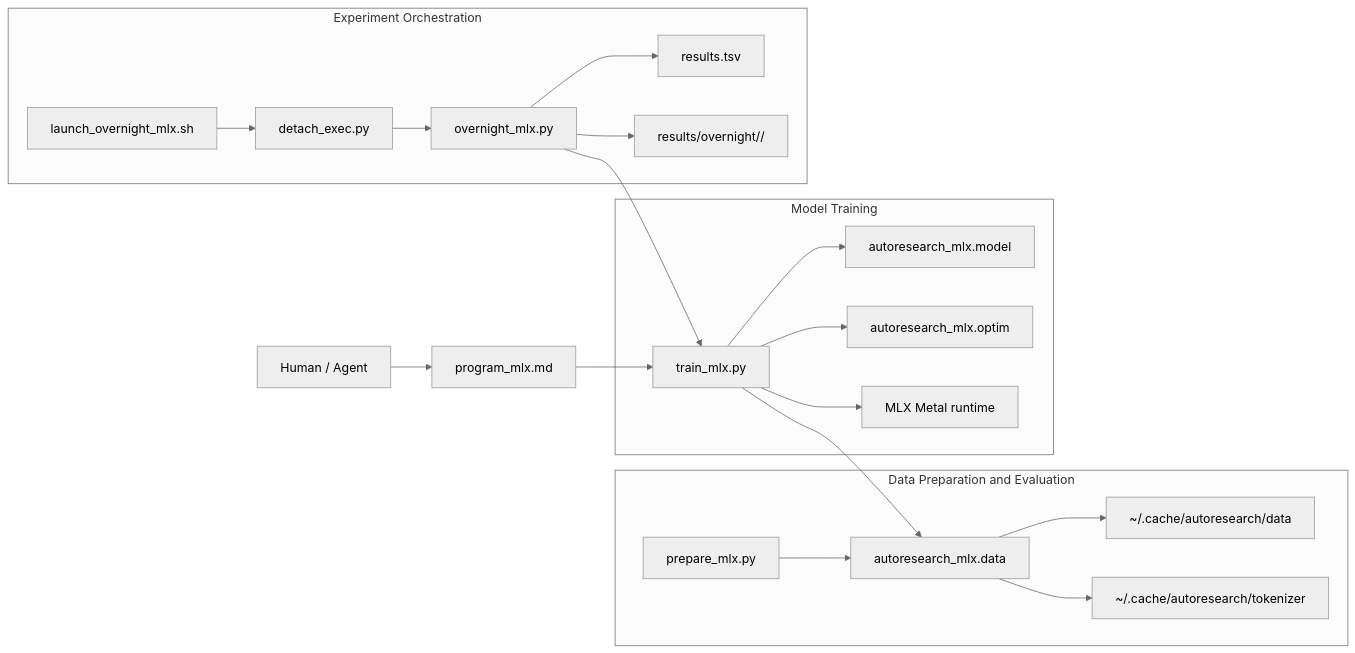
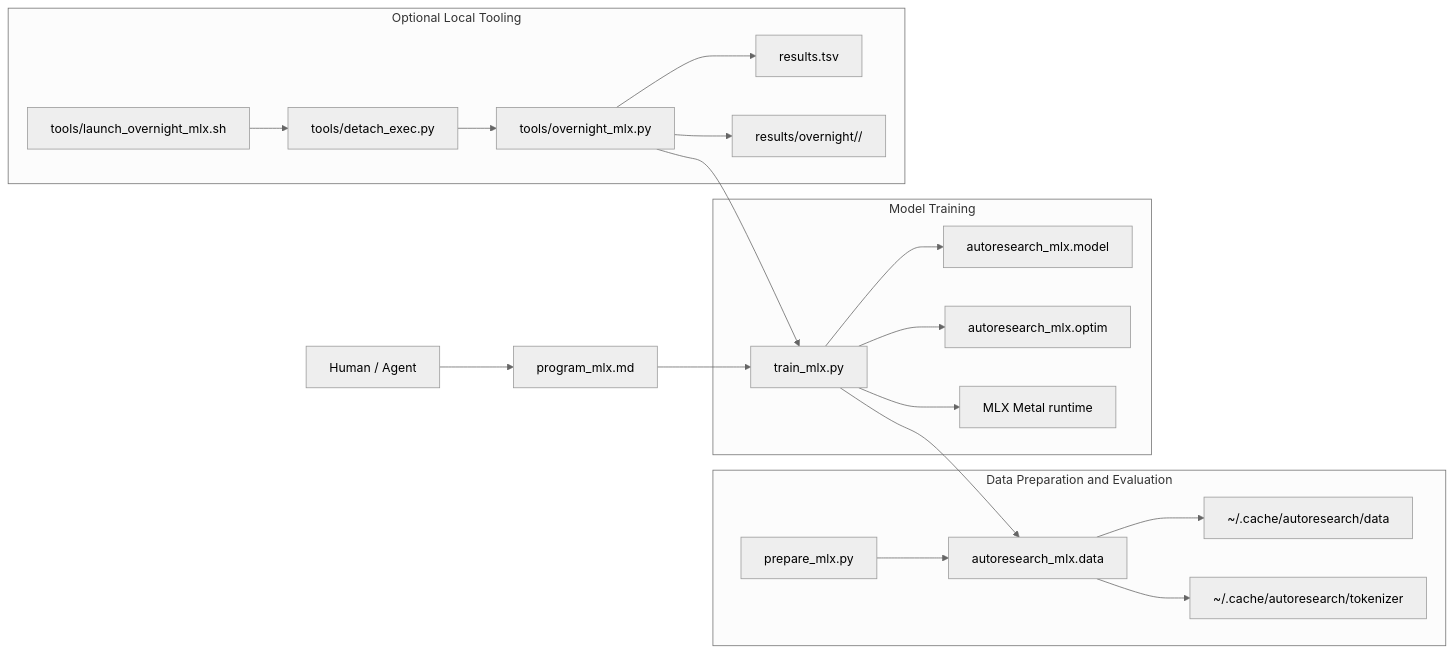
One commit to Entrpi/autoresearch-everywhere changed the first of 3 diagrams in docs/mlx-port-architecture.md. Above: the diagram before and after it, drawn with Mermaid (neutral theme). The commit also changed other lines of this file and 7 other files, not shown here.

Commit message:
Separate canonical eval and demote local tooling

````diff
--- a/docs/mlx-port-architecture.md
+++ b/docs/mlx-port-architecture.md
@@ -76,36 +76,36 @@
 ```mermaid
 flowchart LR
     A["Human / Agent"] --> B["program_mlx.md"]
 
     subgraph S1["Data Preparation and Evaluation"]
         D["prepare_mlx.py"] --> E["autoresearch_mlx.data"]
         E --> F["~/.cache/autoresearch/data"]
         E --> G["~/.cache/autoresearch/tokenizer"]
     end
 
     subgraph S2["Model Training"]
         C["train_mlx.py"]
         H["autoresearch_mlx.model"]
         I["autoresearch_mlx.optim"]
         J["MLX Metal runtime"]
     end
 
-    subgraph S3["Experiment Orchestration"]
-        K["overnight_mlx.py"]
-        L["launch_overnight_mlx.sh"]
-        M["detach_exec.py"]
+    subgraph S3["Optional Local Tooling"]
+        K["tools/overnight_mlx.py"]
+        L["tools/launch_overnight_mlx.sh"]
+        M["tools/detach_exec.py"]
         N["results.tsv"]
         O["results/overnight/<run-tag>/"]
     end
 
     B --> C
     C --> E
     C --> H
     C --> I
     C --> J
     K --> C
     L --> M
     M --> K
     K --> N
     K --> O
 ```
````
